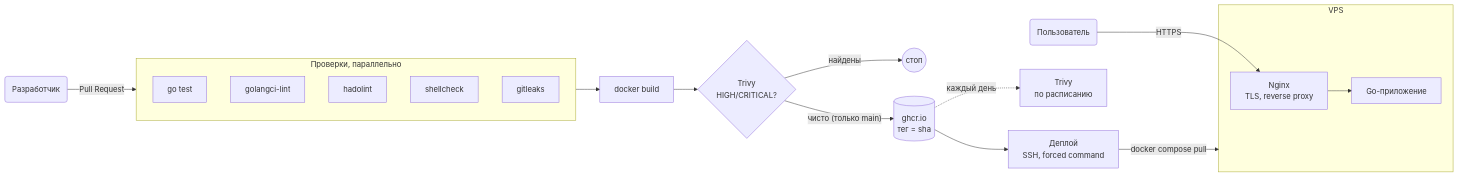
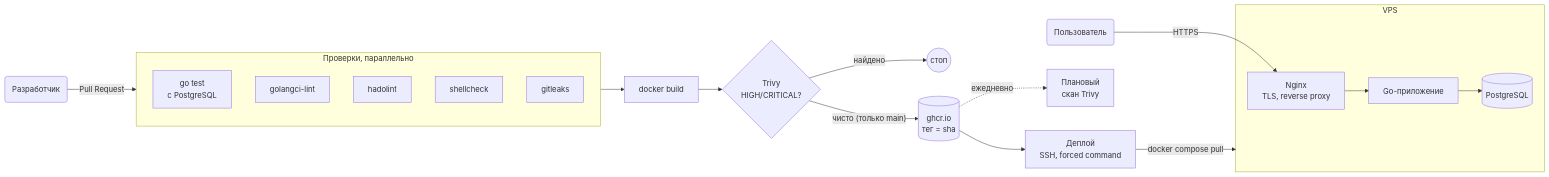
The diagram in README.ru.md (nemelix/go-service-platform), drawn with Mermaid before and after one commit. The commit also changed other lines of this file and 1 other file, not shown here.

````diff
--- a/README.ru.md
+++ b/README.ru.md
@@ -13,25 +13,26 @@
 ```mermaid
 flowchart LR
     dev(Разработчик) -->|Pull Request| checks
 
     subgraph checks[Проверки, параллельно]
-        test[go test]
+        test[go test<br/>с PostgreSQL]
         lint[golangci-lint]
         hado[hadolint]
         sc[shellcheck]
         gl[gitleaks]
     end
 
     checks --> build[docker build]
     build --> trivy{Trivy<br/>HIGH/CRITICAL?}
-    trivy -->|найдены| stop((стоп))
+    trivy -->|найдено| stop((стоп))
     trivy -->|"чисто (только main)"| reg[(ghcr.io<br/>тег = sha)]
     reg --> deploy[Деплой<br/>SSH, forced command]
     deploy -->|docker compose pull| vps
-    reg -.->|каждый день| scan[Trivy<br/>по расписанию]
+    reg -.->|ежедневно| scan[Плановый<br/>скан Trivy]
     user(Пользователь) -->|HTTPS| nginx
 
     subgraph vps[VPS]
         nginx[Nginx<br/>TLS, reverse proxy] --> app[Go-приложение]
+        app --> db[(PostgreSQL)]
     end
 ```
````
